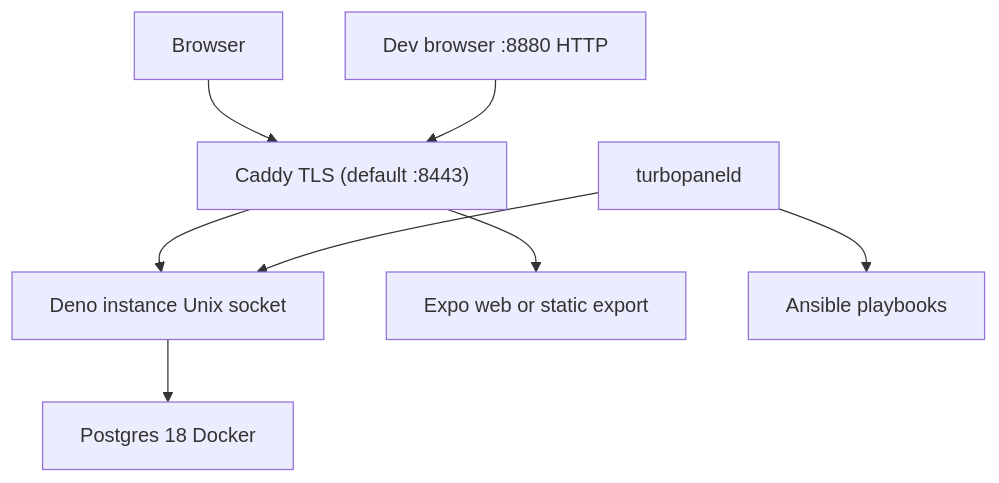
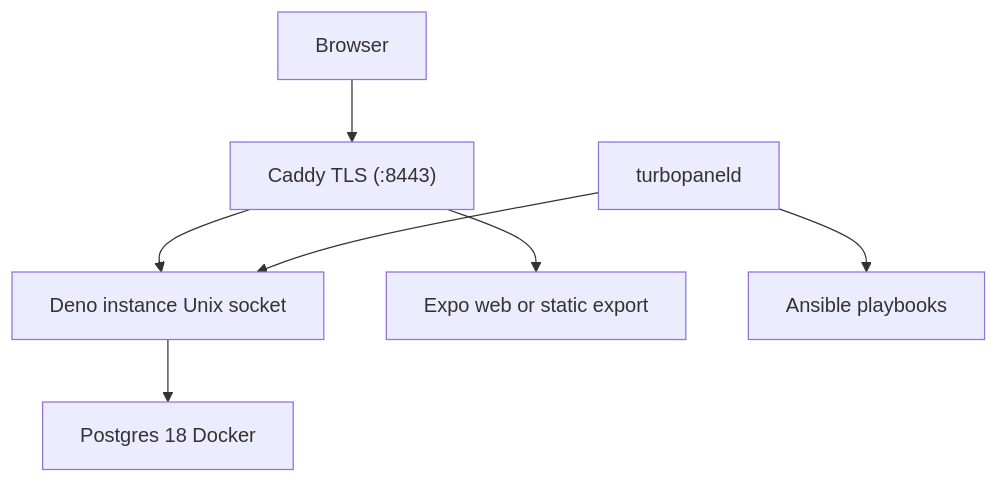
Before and after one commit to TurboPanel/website: the diagram in docs/deployment/control-plane.mdx, drawn with Mermaid. The commit also changed other lines of this file and 35 other files, not shown here.

````diff
--- a/docs/deployment/control-plane.mdx
+++ b/docs/deployment/control-plane.mdx
@@ -43,10 +43,9 @@
 ```mermaid title="Self-hosted control plane traffic flow"
 graph TD
-    Browser --> Caddy["Caddy TLS (default :8443)"]
-    DevBrowser["Dev browser :8880 HTTP"] --> Caddy
+    Browser --> Caddy["Caddy TLS (:8443)"]
     Caddy --> Instance["Deno instance Unix socket"]
     Caddy --> UI["Expo web or static export"]
     Daemon["turbopaneld"] --> Instance
     Instance --> PG["Postgres 18 Docker"]
     Daemon --> Ansible["Ansible playbooks"]
 ```
````
